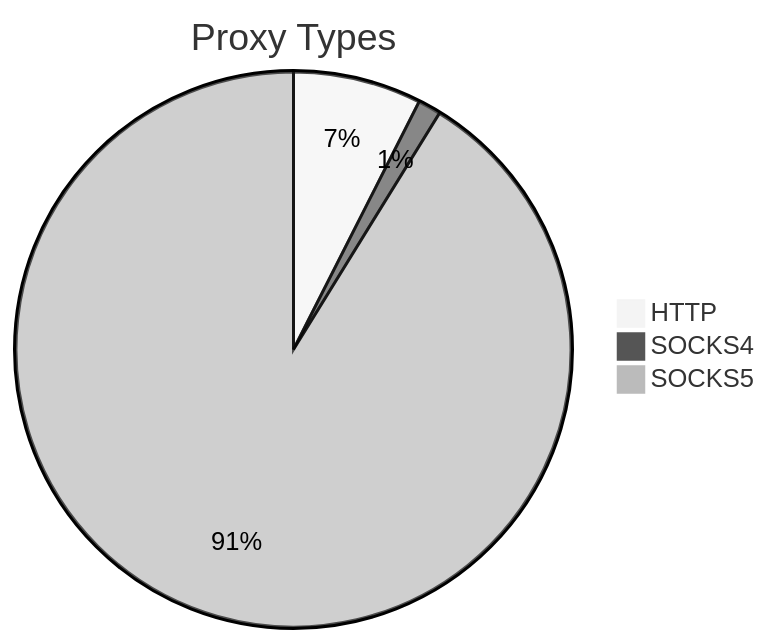
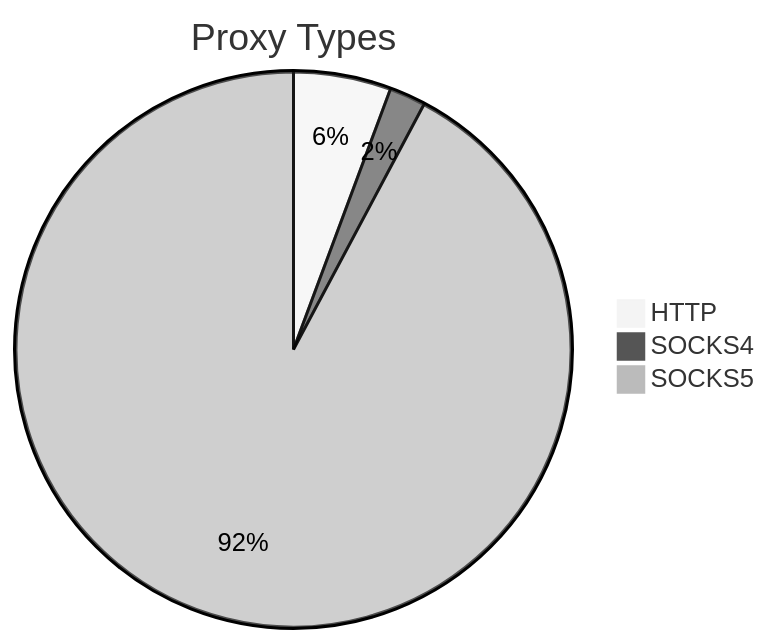
The first of 2 diagrams in README.md (stormsia/proxy-list), drawn with Mermaid (neutral theme) before and after one commit. The commit also changed other lines of this file, not shown here.

````diff
--- a/README.md
+++ b/README.md
@@ -21,6 +21,6 @@
 ```mermaid
 pie title Proxy Types
-    "HTTP" : 134
-    "SOCKS4" : 24
-    "SOCKS5" : 1636
+    "HTTP" : 118
+    "SOCKS4" : 44
+    "SOCKS5" : 1918
 ```
````
